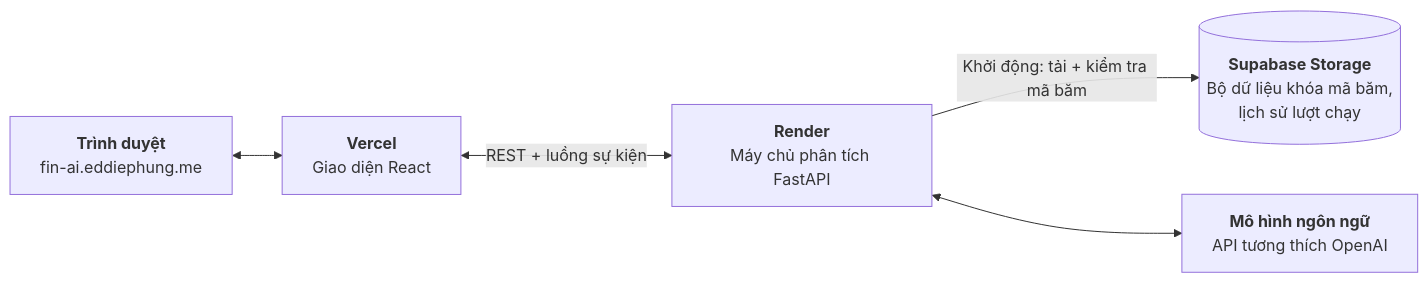
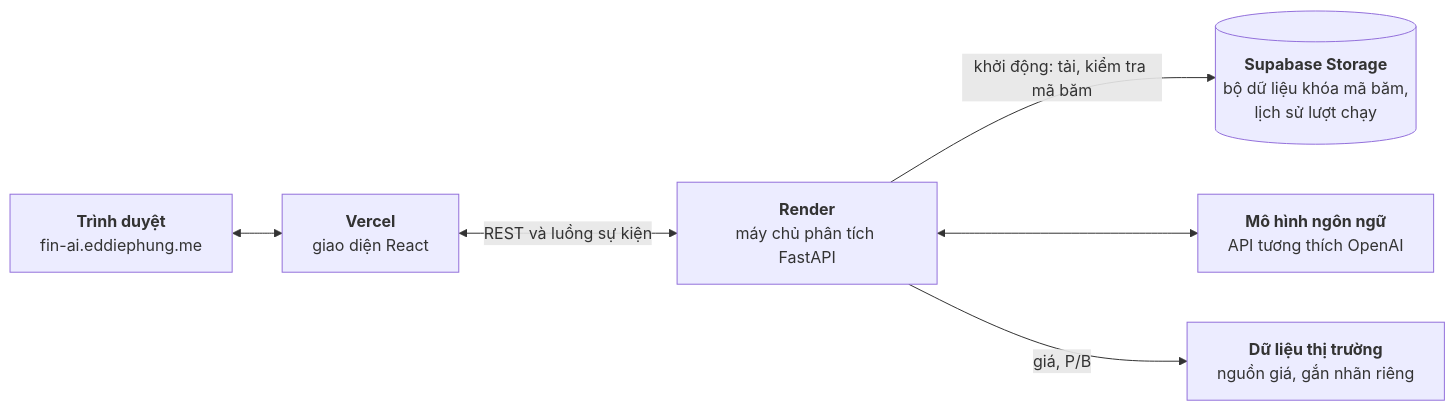
The third of 3 diagrams in docs/thesis-v2/chuong-4-thiet-ke-trien-khai.md (thaicuong576/final-thesis), drawn with Mermaid before and after one commit. The commit also changed other lines of this file and 16 other files, not shown here.

First line of the commit message:
docs(thesis): [FIG] monochrome diagrams and plain charts (#164)

````diff
--- a/docs/thesis-v2/chuong-4-thiet-ke-trien-khai.md
+++ b/docs/thesis-v2/chuong-4-thiet-ke-trien-khai.md
@@ -131,12 +138,14 @@
 ```mermaid
 flowchart LR
     B["<b>Trình duyệt</b><br/>fin-ai.eddiephung.me"]
-    FE["<b>Vercel</b><br/>Giao diện React"]
-    BE["<b>Render</b><br/>Máy chủ phân tích FastAPI"]
-    ST[("<b>Supabase Storage</b><br/>Bộ dữ liệu khóa mã băm,<br/>lịch sử lượt chạy")]
+    FE["<b>Vercel</b><br/>giao diện React"]
+    BE["<b>Render</b><br/>máy chủ phân tích FastAPI"]
+    ST[("<b>Supabase Storage</b><br/>bộ dữ liệu khóa mã băm,<br/>lịch sử lượt chạy")]
     LLM["<b>Mô hình ngôn ngữ</b><br/>API tương thích OpenAI"]
+    MK["<b>Dữ liệu thị trường</b><br/>nguồn giá, gắn nhãn riêng"]
     B <--> FE
-    FE <-->|"REST + luồng sự kiện"| BE
-    BE -->|"Khởi động: tải + kiểm tra mã băm"| ST
+    FE <-->|"REST và luồng sự kiện"| BE
+    BE -->|"khởi động: tải, kiểm tra mã băm"| ST
     BE <--> LLM
+    BE -->|"giá, P/B"| MK
 ```
````
